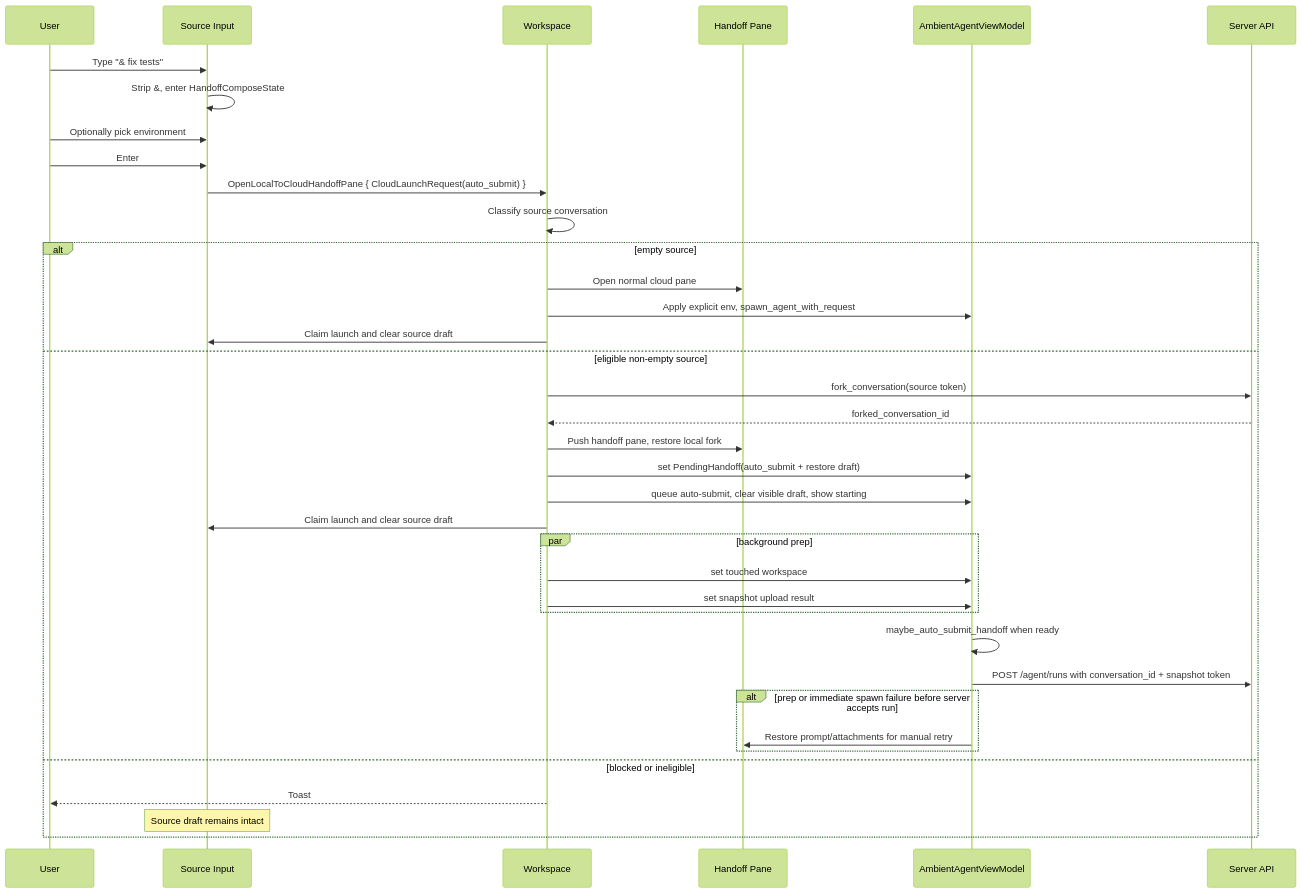
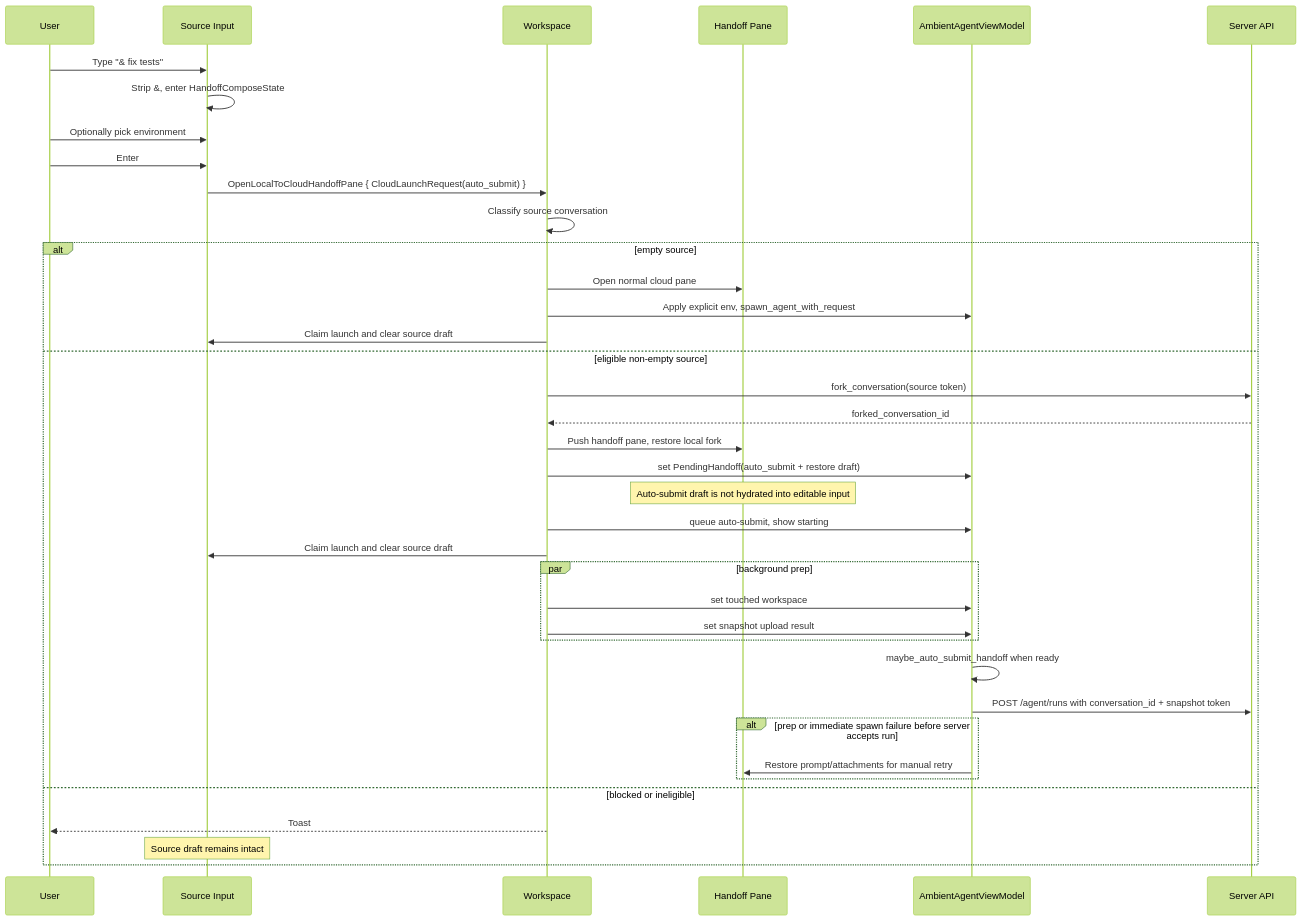
Before and after one commit to davidrudduck/warp: the diagram in specs/REMOTE-1558/TECH.md, drawn with Mermaid (forest theme). The commit also changed other lines of this file and 24 other files, not shown here.

````diff
--- a/specs/REMOTE-1558/TECH.md
+++ b/specs/REMOTE-1558/TECH.md
@@ -115,39 +115,40 @@
 ```mermaid
 sequenceDiagram
     participant U as User
     participant I as Source Input
     participant W as Workspace
     participant HP as Handoff Pane
     participant M as AmbientAgentViewModel
     participant API as Server API
     U->>I: Type "& fix tests"
     I->>I: Strip &, enter HandoffComposeState
     U->>I: Optionally pick environment
     U->>I: Enter
     I->>W: OpenLocalToCloudHandoffPane { CloudLaunchRequest(auto_submit) }
     W->>W: Classify source conversation
     alt empty source
         W->>HP: Open normal cloud pane
         W->>M: Apply explicit env, spawn_agent_with_request
         W->>I: Claim launch and clear source draft
     else eligible non-empty source
         W->>API: fork_conversation(source token)
         API-->>W: forked_conversation_id
         W->>HP: Push handoff pane, restore local fork
         W->>M: set PendingHandoff(auto_submit + restore draft)
-        W->>M: queue auto-submit, clear visible draft, show starting
+        Note over HP: Auto-submit draft is not hydrated into editable input
+        W->>M: queue auto-submit, show starting
         W->>I: Claim launch and clear source draft
         par background prep
             W->>M: set touched workspace
             W->>M: set snapshot upload result
         end
         M->>M: maybe_auto_submit_handoff when ready
         M->>API: POST /agent/runs with conversation_id + snapshot token
         alt prep or immediate spawn failure before server accepts run
             M->>HP: Restore prompt/attachments for manual retry
         end
     else blocked or ineligible
         W-->>U: Toast
         Note over I: Source draft remains intact
     end
 ```
````
